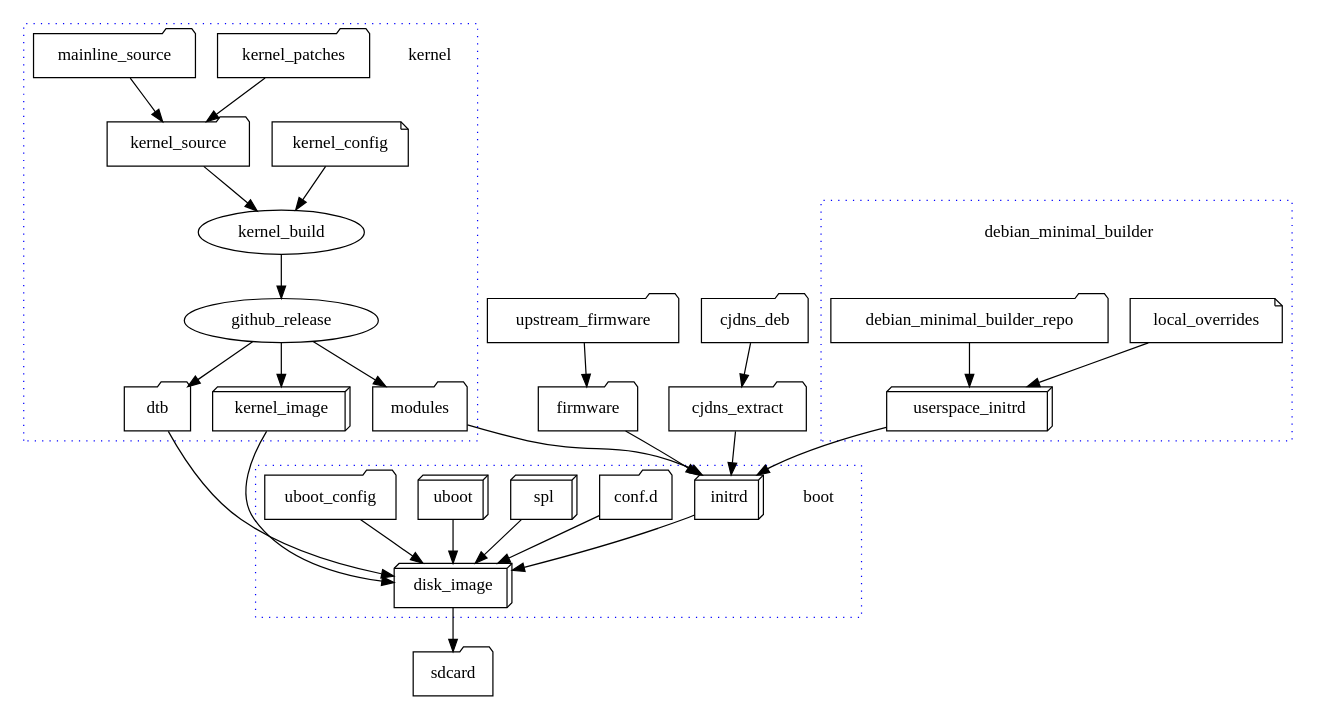
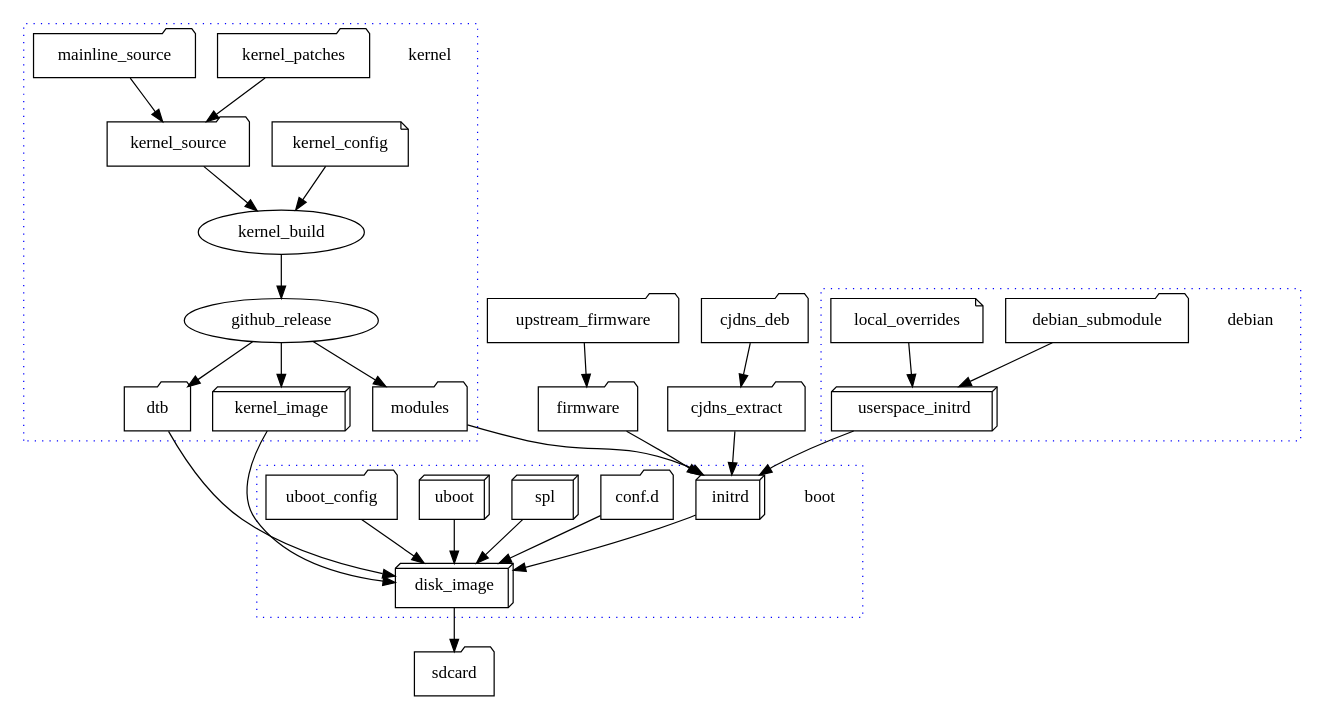
The diagram in docs/build.dot (tomeshnet/mesh-orange), drawn with Graphviz before and after one commit.

Commit message:
Shorten names and shift the deps on the debian cluster

```diff
--- a/docs/build.dot
+++ b/docs/build.dot
@@ -1,84 +1,81 @@
 #
 # Outline how the build process works
 #
 
 digraph g{
 
     subgraph cluster_debian {
-        debian_minimal_builder [shape=plaintext];
+        debian [shape=plaintext];
         graph[style=dotted];
         color=blue;
 
-        debian_minimal_builder -> debian_minimal_builder_repo [dir=none style=invisible];
-        debian_minimal_builder -> local_overrides [dir=none style=invisible];
-
-        debian_minimal_builder_repo [shape=folder];
+        debian_submodule [shape=folder];
         local_overrides [shape=note];
         userspace_initrd [shape=box3d];
 
-        debian_minimal_builder_repo -> userspace_initrd;
+        debian_submodule -> userspace_initrd;
 
         local_overrides -> userspace_initrd;
 
     }
     
     subgraph cluster_kernel {
         kernel [shape=plaintext];
         graph[style=dotted];
         color=blue;
 
         kernel_config [shape=note];
         mainline_source [shape=folder];
         kernel_patches [shape=folder];
         kernel_source [shape=folder];
         kernel_image [shape=box3d];
         modules [shape=folder];
         dtb [shape=folder];
 
         kernel_patches -> kernel_source;
         mainline_source -> kernel_source;
         kernel_source -> kernel_build;
         kernel_config -> kernel_build;
 
         kernel_build -> github_release -> kernel_image;
         github_release -> modules;
         github_release -> dtb;
     }
 
     upstream_firmware [shape=folder];
     firmware [shape=folder];
     upstream_firmware -> firmware;
 
     cjdns_deb [shape=folder];
     cjdns_extract [shape=folder];
     cjdns_deb -> cjdns_extract;
 
     subgraph cluster_boot {
         boot [shape=plaintext];
         graph[style=dotted];
         color=blue;
 
         initrd [shape=box3d];
         conf_d [label="conf.d" shape=folder];
         spl [shape=box3d];
         uboot [shape=box3d];
         uboot_config [shape=folder];
 
         spl -> disk_image;
         uboot -> disk_image;
         uboot_config -> disk_image;
         initrd -> disk_image;
         conf_d -> disk_image;
         dtb -> disk_image;
     }
 
     firmware -> initrd;
     userspace_initrd -> initrd;
     modules -> initrd;
     cjdns_extract -> initrd;
     kernel_image -> disk_image;
 
     disk_image [shape=box3d];
     sdcard [shape=folder];
     disk_image -> sdcard;
 }
```
